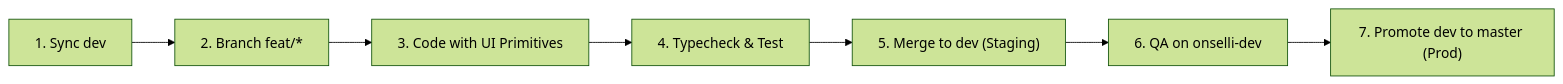
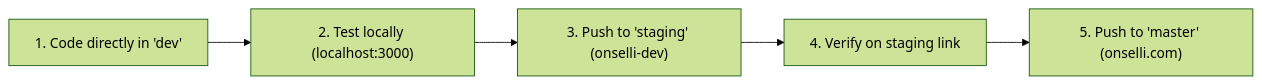
Before and after one commit to DanielBryte/onselli: the diagram in README.md, drawn with Mermaid (forest theme). The commit also changed other lines of this file and 1 other file, not shown here.

Commit message:
docs: streamline git workflow to 3-branch solo setup (dev, staging, master)

````diff
--- a/README.md
+++ b/README.md
@@ -21,9 +21,7 @@
 ```mermaid
 flowchart LR
-    A["1. Sync dev"] --> B["2. Branch feat/*"]
-    B --> C["3. Code with UI Primitives"]
-    C --> D["4. Typecheck & Test"]
-    D --> E["5. Merge to dev (Staging)"]
-    E --> F["6. QA on onselli-dev"]
-    F --> G["7. Promote dev to master (Prod)"]
+    A["1. Code directly in 'dev'"] --> B["2. Test locally (localhost:3000)"]
+    B --> C["3. Push to 'staging' (onselli-dev)"]
+    C --> D["4. Verify on staging link"]
+    D --> E["5. Push to 'master' (onselli.com)"]
 ```
````
